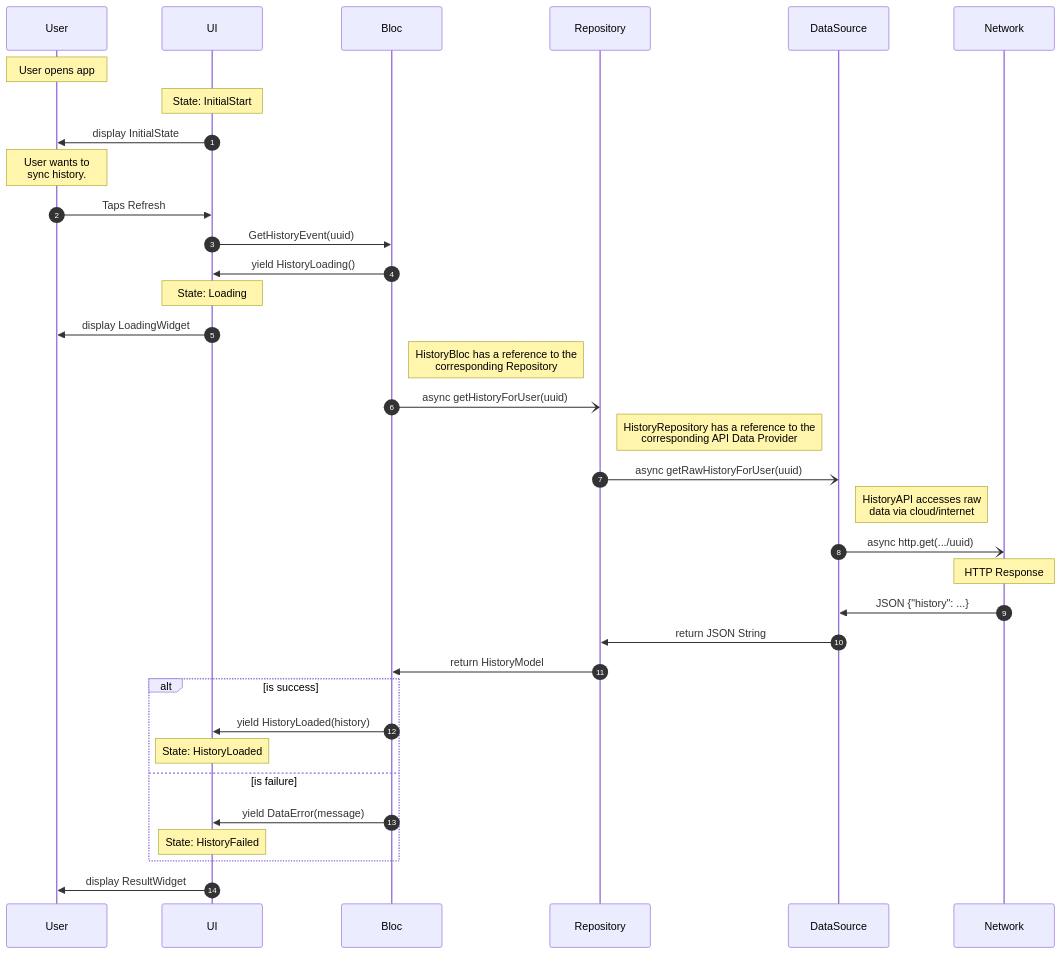
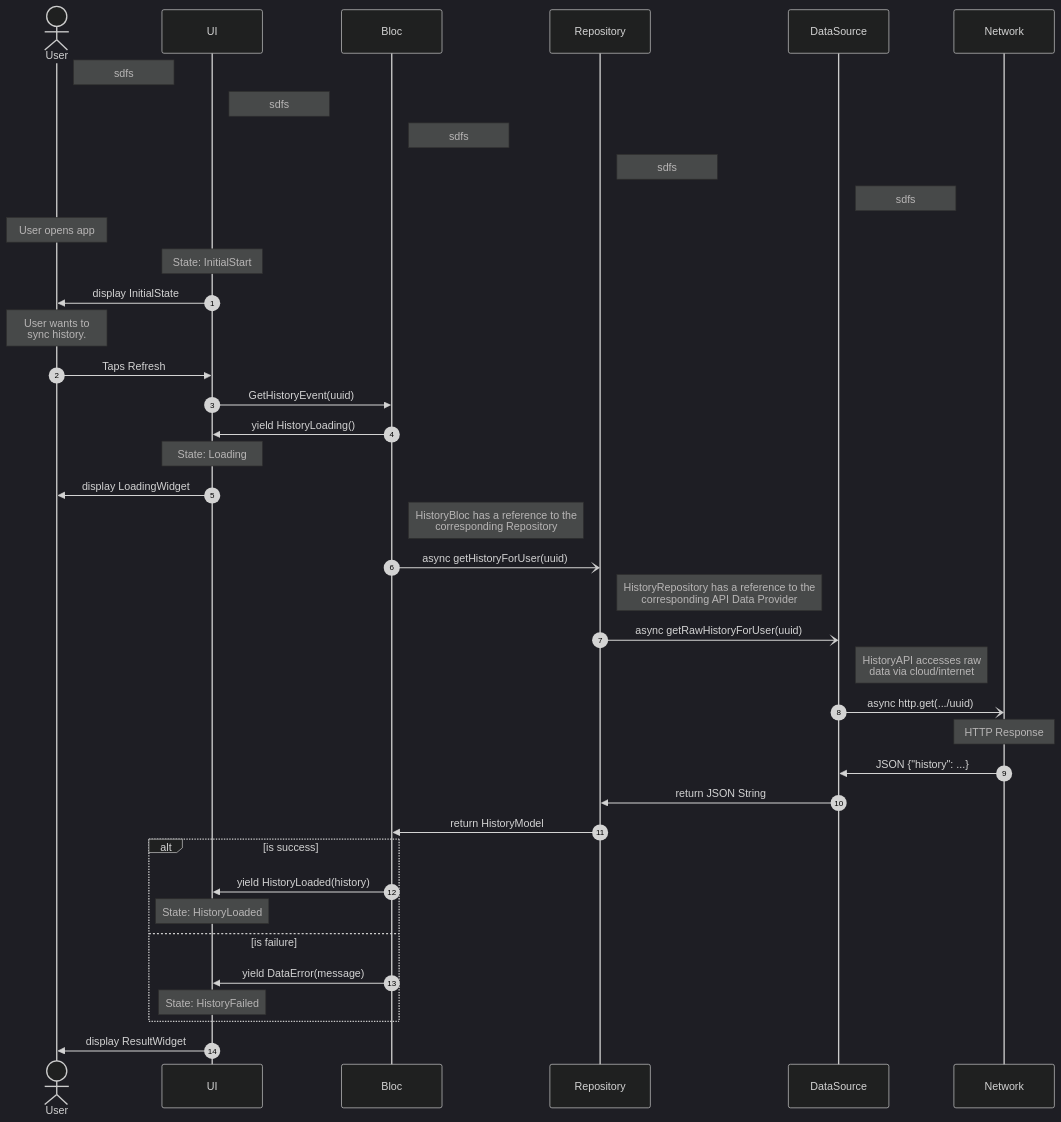
One commit to CrossBread/emotion-wheel changed the fourth of 4 diagrams in emotion_wheel/lib/bloc/bloc_architecture.md. Above: the diagram before and after it, drawn with Mermaid. The commit also changed other lines of this file, not shown here.

Commit message:
WIP - Update Sequence Diagram

````diff
--- a/emotion_wheel/lib/bloc/bloc_architecture.md
+++ b/emotion_wheel/lib/bloc/bloc_architecture.md
@@ -7,54 +108,65 @@
 ```mermaid
-
+%%{init: {'theme':'dark'}}%%
 sequenceDiagram
 
     autonumber
-    Note over User: User opens app
     %% Boxes Require Mermaid 9.4.0 / Android Studio Giraffe
     %% box Presentation
         actor User
         participant UI
         participant Bloc
         participant Repository
+        participant DataSource
+        participant Network
     %% end
+    
+    Note right of User: sdfs 
+    Note right of UI: sdfs 
+    Note right of Bloc: sdfs 
+    Note right of Repository: sdfs 
+    Note right of DataSource: sdfs 
+    
+    
+    %% Interactions start:
+    Note over User: User opens app
     
     Note over UI: State: InitialStart
     UI->>User: display InitialState 
     
     Note over User: User wants to<br/>sync history.
     User->>UI: Taps Refresh
     
     UI->>Bloc: GetHistoryEvent(uuid)
     Bloc->>UI: yield HistoryLoading()
     
     Note over UI: State: Loading
     UI->>User: display LoadingWidget 
     
     Note right of Bloc: HistoryBloc has a reference to the<br/> corresponding Repository
     Bloc-)Repository: async getHistoryForUser(uuid)
     
     Note right of Repository: HistoryRepository has a reference to the<br/> corresponding API Data Provider
     Repository-)DataSource: async getRawHistoryForUser(uuid)
     
     Note right of DataSource: HistoryAPI accesses raw<br/>data via cloud/internet
     DataSource-)Network: async http.get(.../uuid);
     
     Note over Network: HTTP Response
     
     %% Return back up the Future<> chain    
     Network->>DataSource: JSON {"history": ...}
     DataSource->>Repository: return JSON String
     Repository->>Bloc: return HistoryModel
     
     alt is success
         Bloc->>UI: yield HistoryLoaded(history)
         
         Note over UI: State: HistoryLoaded
     else is failure
         Bloc->>UI: yield DataError(message)
         
         Note over UI: State: HistoryFailed
     end
         UI->>User: display ResultWidget 
     
 ```
````
